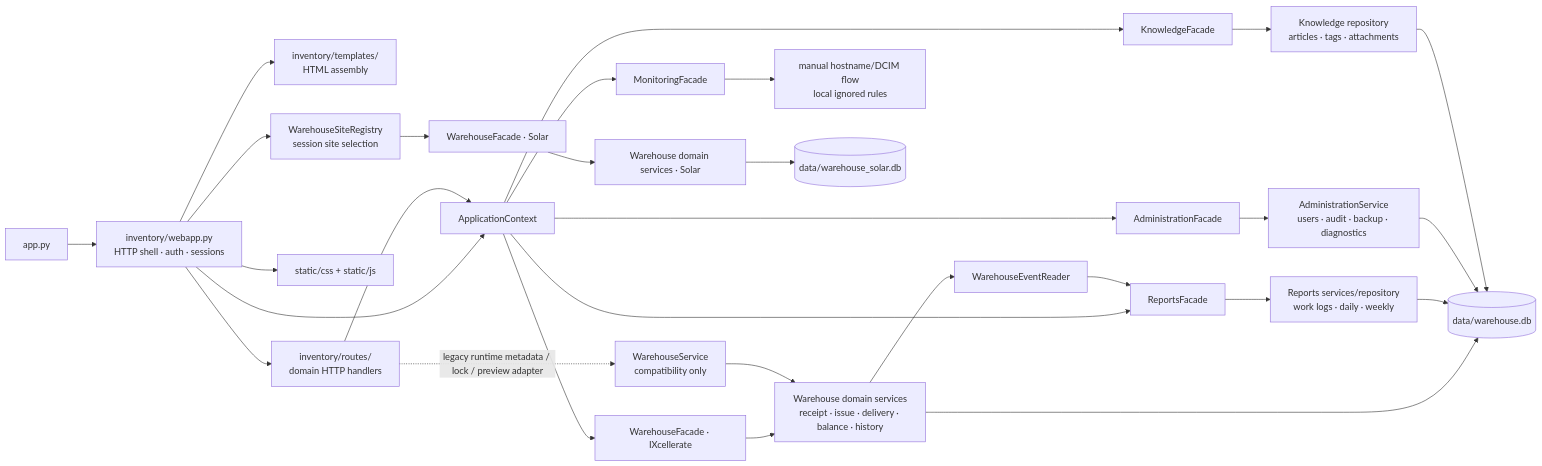
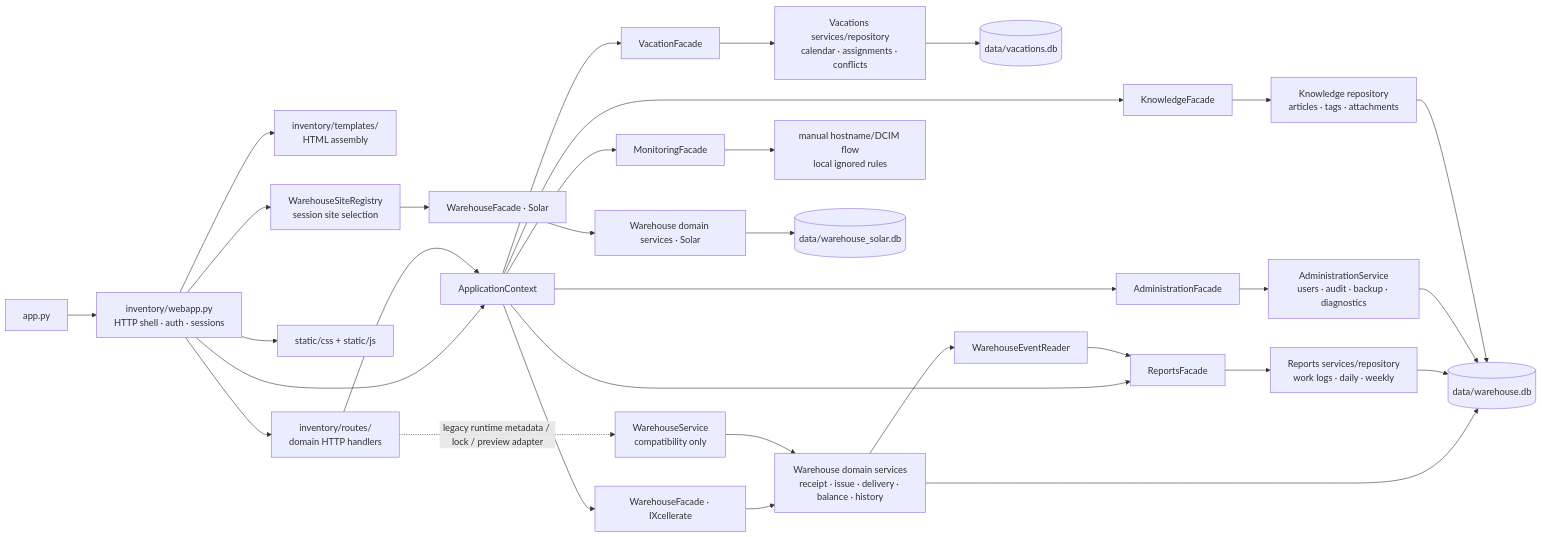
One commit to lokolis28282/prak_mai changed the first of 2 diagrams in docs/CODEBASE_GRAPH.md. Above: the diagram before and after it, drawn with Mermaid. The commit also changed other lines of this file and 81 other files, not shown here.

````diff
--- a/docs/CODEBASE_GRAPH.md
+++ b/docs/CODEBASE_GRAPH.md
@@ -21,34 +21,37 @@
 ```mermaid
 flowchart LR
   App["app.py"] --> Web["inventory/webapp.py<br/>HTTP shell · auth · sessions"]
   Web --> Templates["inventory/templates/<br/>HTML assembly"]
   Web --> Routes["inventory/routes/<br/>domain HTTP handlers"]
   Web --> Static["static/css + static/js"]
   Web --> Context["ApplicationContext"]
   Web --> Sites["WarehouseSiteRegistry<br/>session site selection"]
 
   Routes --> Context
   Routes -. "legacy runtime metadata / lock / preview adapter" .-> Compat["WarehouseService<br/>compatibility only"]
   Context --> W["WarehouseFacade · IXcellerate"]
   Sites --> WS["WarehouseFacade · Solar"]
   Context --> R["ReportsFacade"]
   Context --> M["MonitoringFacade"]
   Context --> K["KnowledgeFacade"]
+  Context --> V["VacationFacade"]
   Context --> A["AdministrationFacade"]
 
   W --> WD["Warehouse domain services<br/>receipt · issue · delivery · balance · history"]
   R --> RD["Reports services/repository<br/>work logs · daily · weekly"]
   A --> AD["AdministrationService<br/>users · audit · backup · diagnostics"]
   K --> KD["Knowledge repository<br/>articles · tags · attachments"]
+  V --> VD["Vacations services/repository<br/>calendar · assignments · conflicts"]
   M --> MD["manual hostname/DCIM flow<br/>local ignored rules"]
 
   WD --> DB[("data/warehouse.db")]
   WS --> WDS["Warehouse domain services · Solar"]
   WDS --> SDB[("data/warehouse_solar.db")]
   Compat --> WD
   RD --> DB
   AD --> DB
   KD --> DB
+  VD --> VDB[("data/vacations.db")]
   WD --> Events["WarehouseEventReader"]
   Events --> R
 ```
````
